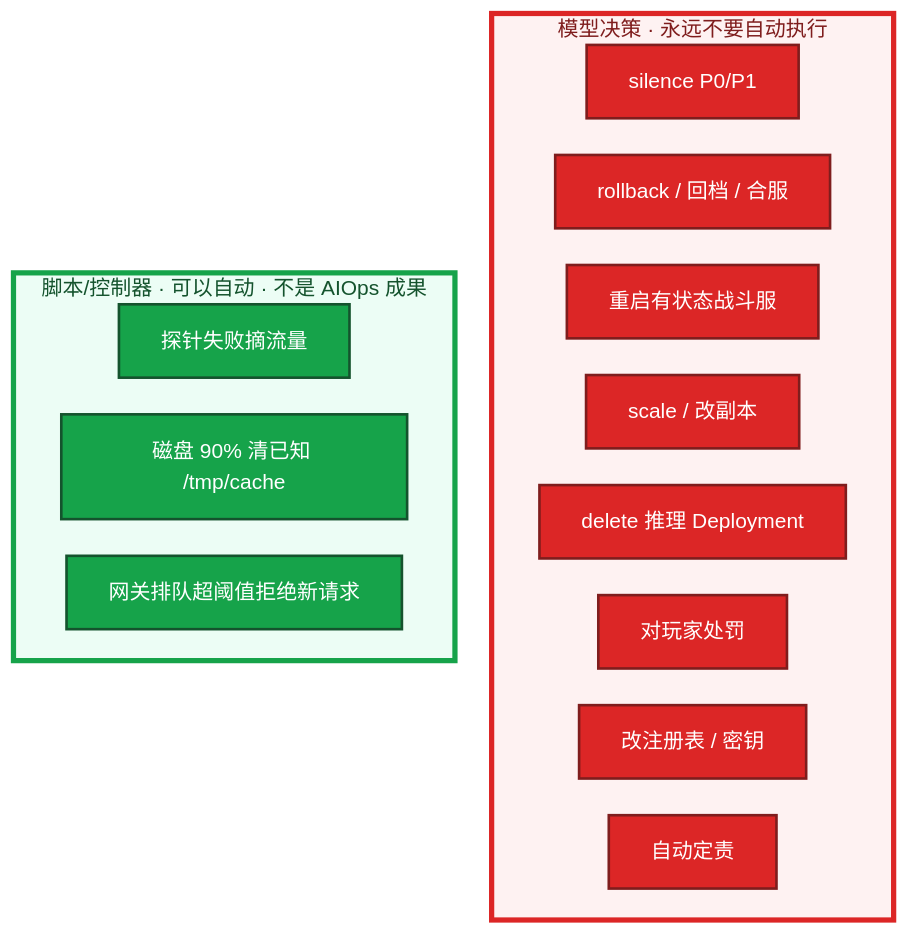
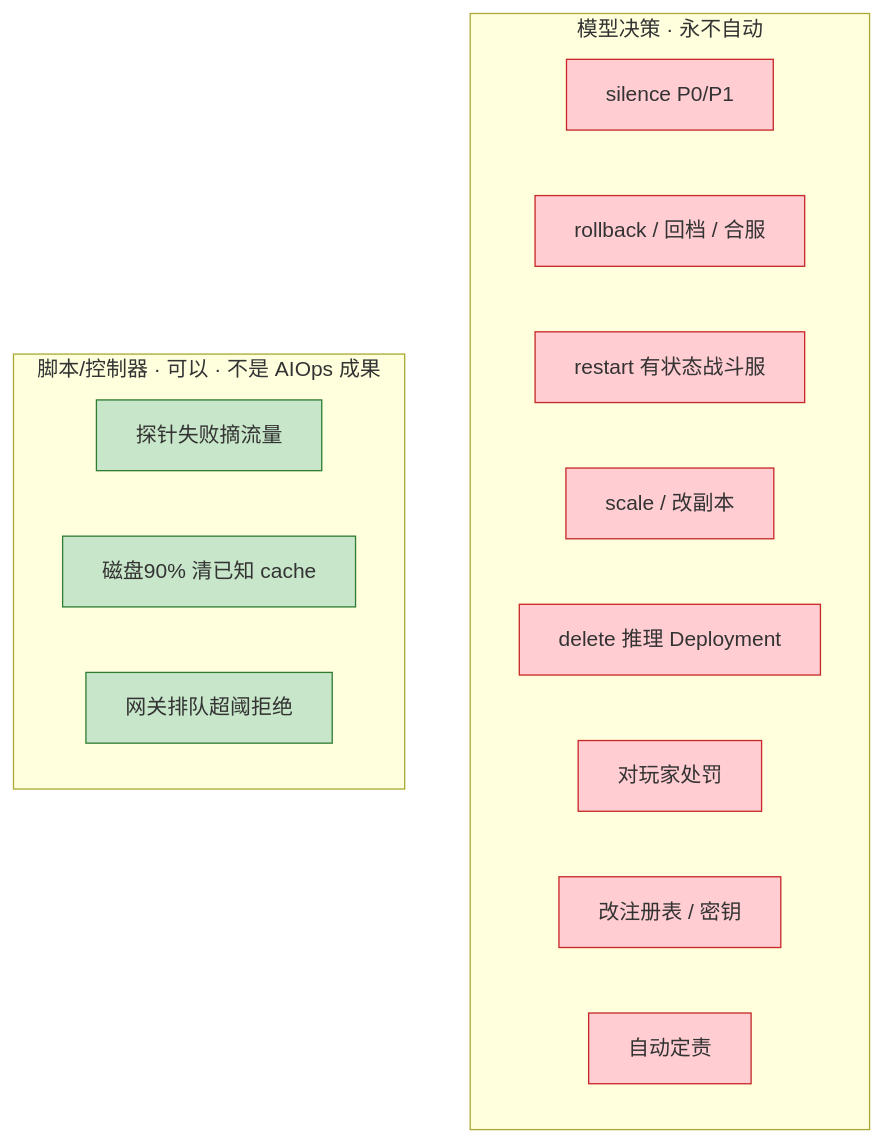
One commit to ml-cuizijun/LearnToLilith changed the third of 4 diagrams in 09-AI与智能运维/09-AIOps落地/知识点.md. Above: the diagram before and after it, drawn with Mermaid. The commit also changed other lines of this file and 213 other files, not shown here.

````diff
--- a/09-AI与智能运维/09-AIOps落地/知识点.md
+++ b/09-AI与智能运维/09-AIOps落地/知识点.md
@@ -202,28 +178,22 @@
 ```mermaid
-%%{init: {"flowchart": {"padding": 16, "nodeSpacing": 28, "rankSpacing": 48}, "theme": "base"}}%%
 flowchart TB
-    subgraph never ["模型决策 · 永远不要自动执行"]
-        n1[silence P0/P1]
-        n2[rollback / 回档 / 合服]
-        n3[重启有状态战斗服]
-        n4[scale / 改副本]
-        n5[delete 推理 Deployment]
-        n6[对玩家处罚]
-        n7[改注册表 / 密钥]
-        n8[自动定责]
+    classDef bad fill:#ffcdd2,stroke:#c62828
+    classDef ok fill:#c8e6c9,stroke:#2e7d32
+
+    subgraph never ["模型决策 · 永不自动"]
+        N1["silence P0/P1"]:::bad
+        N2["rollback / 回档 / 合服"]:::bad
+        N3["restart 有状态战斗服"]:::bad
+        N4["scale / 改副本"]:::bad
+        N5["delete 推理 Deployment"]:::bad
+        N6["对玩家处罚"]:::bad
+        N7["改注册表 / 密钥"]:::bad
+        N8["自动定责"]:::bad
     end
 
-    subgraph script ["脚本/控制器 · 可以自动 · 不是 AIOps 成果"]
-        s1[探针失败摘流量]
-        s2[磁盘 90% 清已知 /tmp/cache]
-        s3[网关排队超阈值拒绝新请求]
+    subgraph script ["脚本/控制器 · 可以 · 不是 AIOps 成果"]
+        S1["探针失败摘流量"]:::ok
+        S2["磁盘90% 清已知 cache"]:::ok
+        S3["网关排队超阈拒绝"]:::ok
     end
-
-    classDef bad fill:#DC2626,stroke:#7F1D1D,stroke-width:2px,color:#fff
-    classDef ok fill:#16A34A,stroke:#14532D,stroke-width:2px,color:#fff
-    class n1,n2,n3,n4,n5,n6,n7,n8 bad
-    class s1,s2,s3 ok
-
-    style never fill:#FEF2F2,stroke:#DC2626,stroke-width:4px,color:#7F1D1D
-    style script fill:#ECFDF5,stroke:#16A34A,stroke-width:4px,color:#14532D
 ```
````
